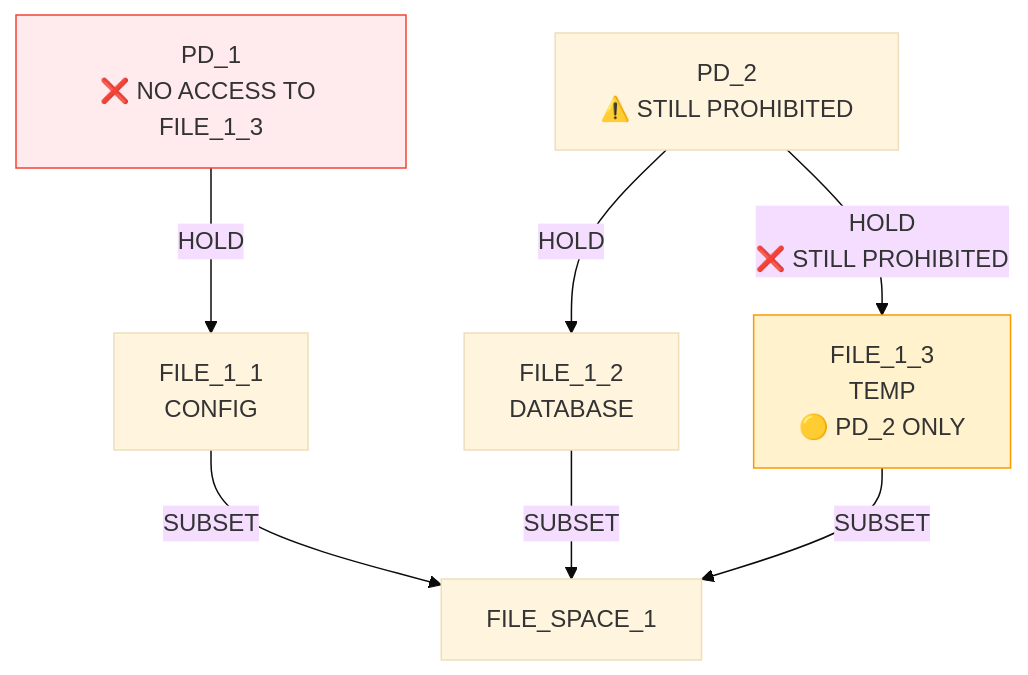
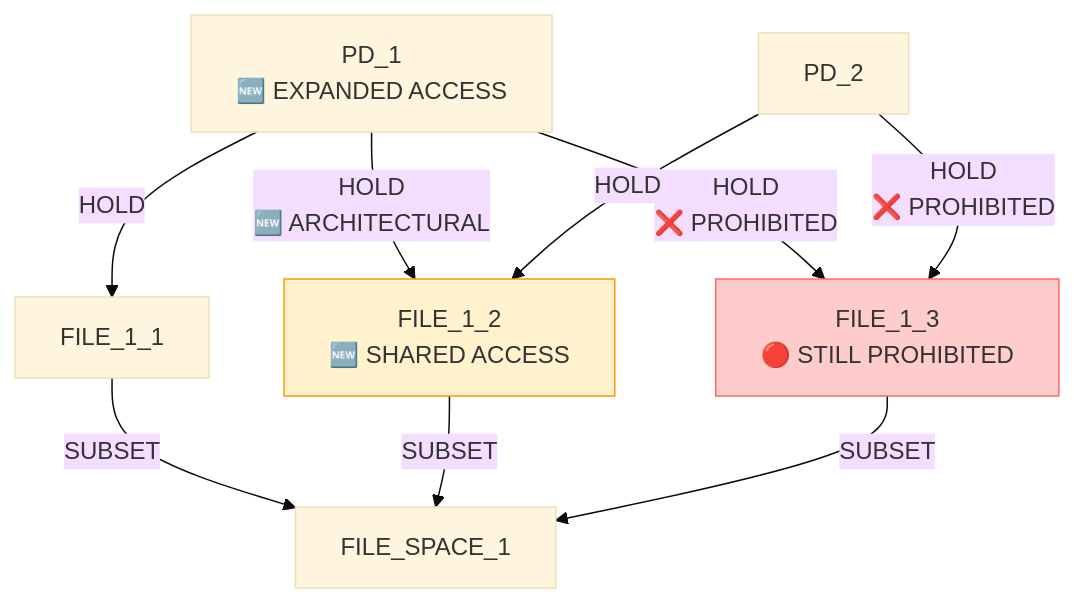
One commit to sid-agrawal/OSmosis changed the second of 8 diagrams in scripts/proc/submarine/mediator_test_indirect_detailed_analysis.md. Above: the diagram before and after it, drawn with Mermaid (base theme). The commit also changed other lines of this file and 2 other files, not shown here.

````diff
--- a/scripts/proc/submarine/mediator_test_indirect_detailed_analysis.md
+++ b/scripts/proc/submarine/mediator_test_indirect_detailed_analysis.md
@@ -72,19 +70,21 @@
 ```mermaid
 graph TD
-    PD1[PD_1<br/>❌ NO ACCESS TO FILE_1_3] 
-    PD2[PD_2<br/>⚠️ STILL PROHIBITED]
+    PD1[PD_1<br/>🆕 EXPANDED ACCESS] 
+    PD2[PD_2]
     FS[FILE_SPACE_1]
-    F1[FILE_1_1<br/>CONFIG]
-    F2[FILE_1_2<br/>DATABASE]
-    F3[FILE_1_3<br/>TEMP<br/>🟡 PD_2 ONLY]
+    F1[FILE_1_1]
+    F2[FILE_1_2<br/>🆕 SHARED ACCESS]
+    F3[FILE_1_3<br/>🔴 STILL PROHIBITED]
     
     PD1 -->|HOLD| F1
+    PD1 -->|HOLD<br/>🆕 ARCHITECTURAL| F2
+    PD1 -->|HOLD<br/>❌ PROHIBITED| F3
     PD2 -->|HOLD| F2
-    PD2 -->|HOLD<br/>❌ STILL PROHIBITED| F3
+    PD2 -->|HOLD<br/>❌ PROHIBITED| F3
     F1 -->|SUBSET| FS
     F2 -->|SUBSET| FS
     F3 -->|SUBSET| FS
     
-    style F3 fill:#fff2cc,stroke:#ff9800
-    style PD1 fill:#ffebee,stroke:#f44336
+    style F2 fill:#fff2cc,stroke:#ff9800
+    style F3 fill:#ffcccc,stroke:#ff6666
 ```
````
